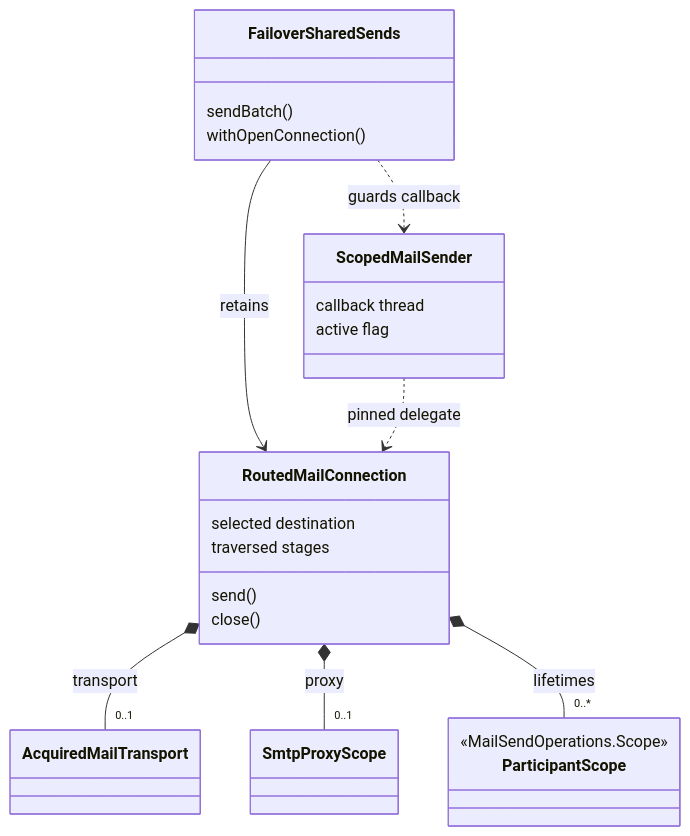
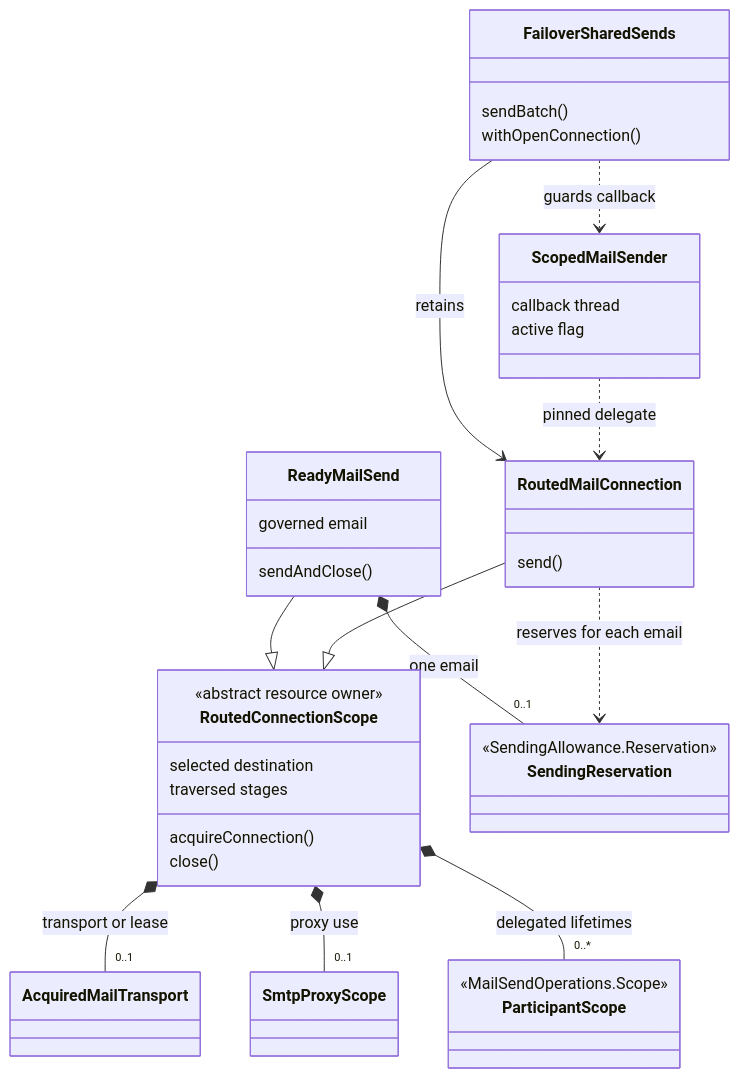
One commit to bbottema/simple-java-mail changed the sixth of 6 diagrams in docs/failover/architecture.md. Above: the diagram before and after it, drawn with Mermaid. The commit also changed other lines of this file and 17 other files, not shown here.

````diff
--- a/docs/failover/architecture.md
+++ b/docs/failover/architecture.md
@@ -291,29 +358,44 @@
 ```mermaid
 classDiagram
     direction TB
     class FailoverSharedSends {
         sendBatch()
         withOpenConnection()
     }
     class RoutedMailConnection {
+        send()
+    }
+    class ReadyMailSend {
+        governed email
+        sendAndClose()
+    }
+    class RoutedConnectionScope {
+        <<abstract resource owner>>
         selected destination
         traversed stages
-        send()
+        acquireConnection()
         close()
     }
     class AcquiredMailTransport
     class SmtpProxyScope
+    class SendingReservation {
+        <<SendingAllowance.Reservation>>
+    }
     class ParticipantScope {
         <<MailSendOperations.Scope>>
     }
     class ScopedMailSender {
         callback thread
         active flag
     }
     FailoverSharedSends --> RoutedMailConnection : retains
-    RoutedMailConnection *-- "0..1" AcquiredMailTransport : transport
-    RoutedMailConnection *-- "0..1" SmtpProxyScope : proxy
-    RoutedMailConnection *-- "0..*" ParticipantScope : lifetimes
+    ReadyMailSend --|> RoutedConnectionScope
+    RoutedMailConnection --|> RoutedConnectionScope
+    RoutedConnectionScope *-- "0..1" AcquiredMailTransport : transport or lease
+    RoutedConnectionScope *-- "0..1" SmtpProxyScope : proxy use
+    RoutedConnectionScope *-- "0..*" ParticipantScope : delegated lifetimes
+    ReadyMailSend *-- "0..1" SendingReservation : one email
+    RoutedMailConnection ..> SendingReservation : reserves for each email
     FailoverSharedSends ..> ScopedMailSender : guards callback
     ScopedMailSender ..> RoutedMailConnection : pinned delegate
 ```
````
